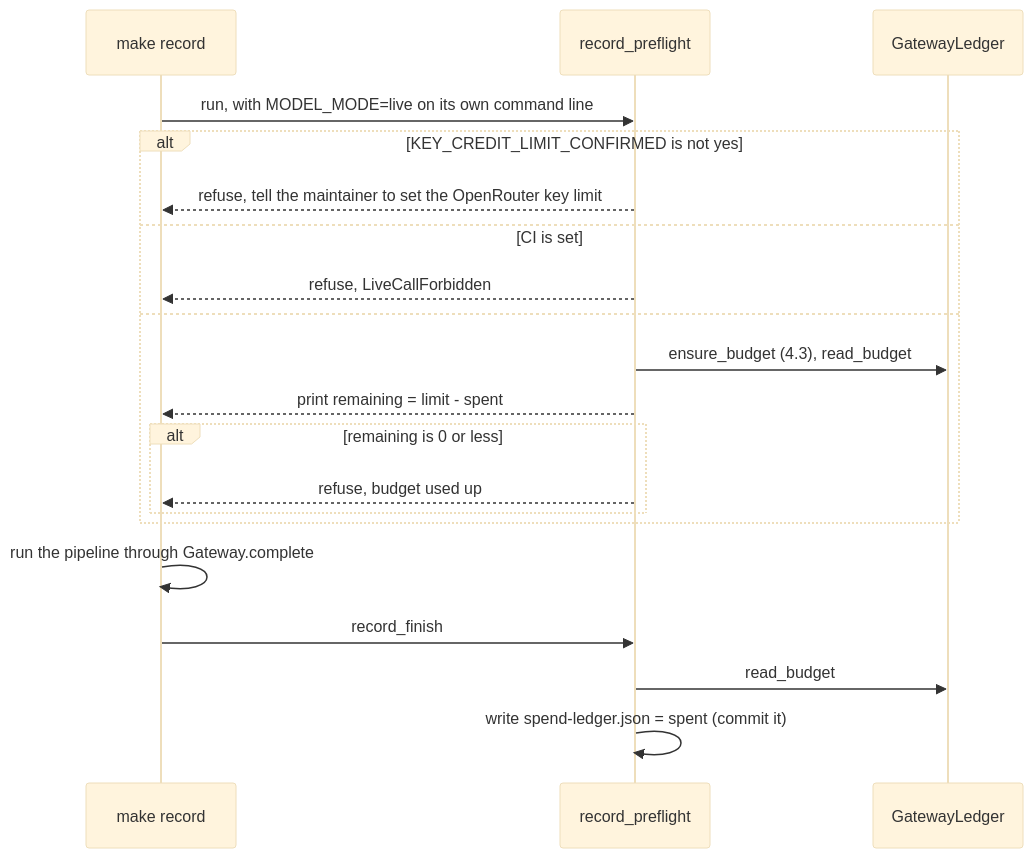
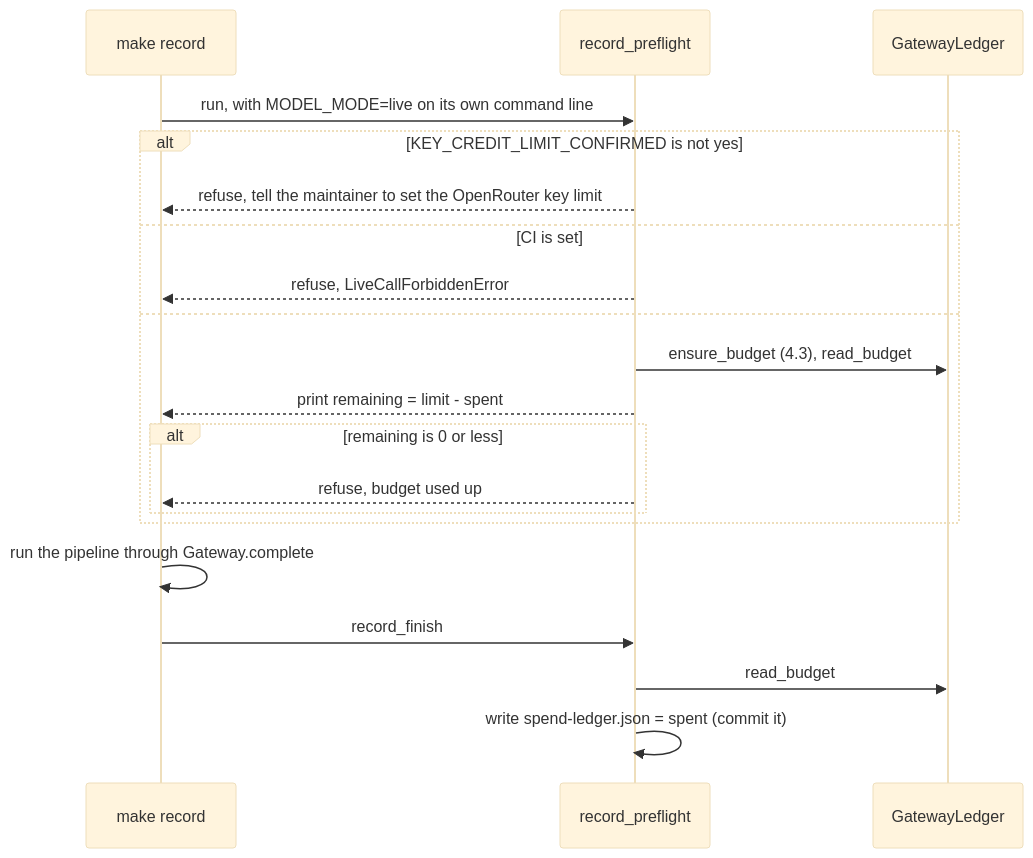
One commit to venkatmidhunmareedu/hirekit changed the fourth of 4 diagrams in docs/design/gateway-lld.md. Above: the diagram before and after it, drawn with Mermaid (base theme). The commit also changed other lines of this file and 13 other files, not shown here.

````diff
--- a/docs/design/gateway-lld.md
+++ b/docs/design/gateway-lld.md
@@ -222,22 +222,22 @@
 ```mermaid
 sequenceDiagram
     participant M as make record
     participant R as record_preflight
     participant L as GatewayLedger
     M->>R: run, with MODEL_MODE=live on its own command line
     alt KEY_CREDIT_LIMIT_CONFIRMED is not yes
         R-->>M: refuse, tell the maintainer to set the OpenRouter key limit
     else CI is set
-        R-->>M: refuse, LiveCallForbidden
+        R-->>M: refuse, LiveCallForbiddenError
     else
         R->>L: ensure_budget (4.3), read_budget
         R-->>M: print remaining = limit - spent
         alt remaining is 0 or less
             R-->>M: refuse, budget used up
         end
     end
     M->>M: run the pipeline through Gateway.complete
     M->>R: record_finish
     R->>L: read_budget
     R->>R: write spend-ledger.json = spent (commit it)
 ```
````
